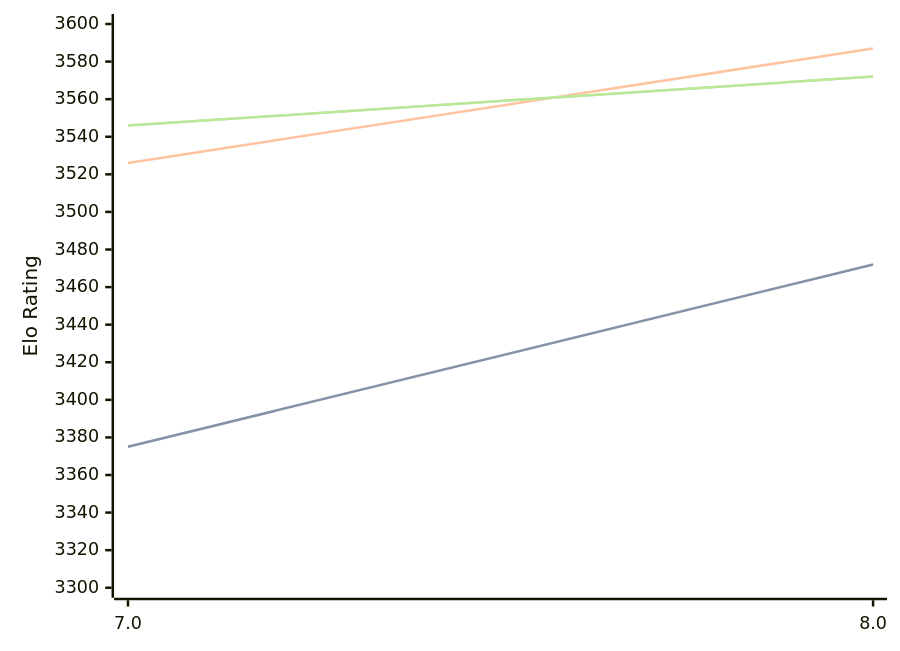
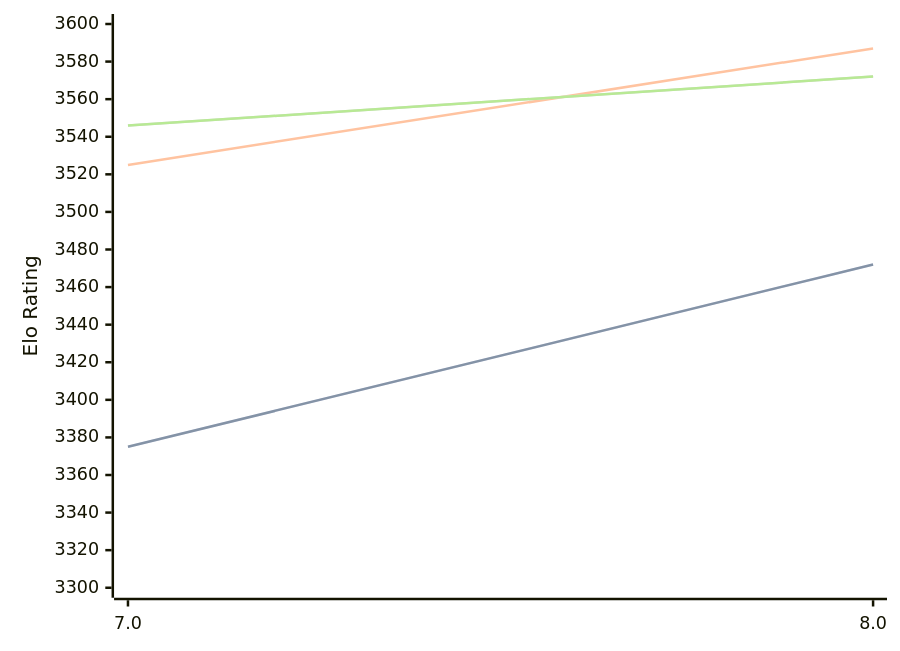
The diagram in engines/Integral.md (computer-chess-index/cci), drawn with Mermaid before and after one commit. The commit also changed other lines of this file, not shown here.

````diff
--- a/engines/Integral.md
+++ b/engines/Integral.md
@@ -32,11 +32,11 @@
 ```mermaid
 %%{init: {"theme":"base","themeVariables":{"seriesColors:['#a3a3a3','#222221','#faa371']}}}%%
 xychart-beta
   x-axis ["7.0", "8.0"]
   y-axis "Elo Rating" 3300 --> 3600
   line "" [3375, 3472]
   line "STC (8.0+0.08s)" [3375, 3472]
-  line "LTC (60.0+0.60s)" [3526, 3587]
+  line "LTC (60.0+0.60s)" [3525, 3587]
   line "" [3546, 3572]
   line "VLTC (2m24s+1.12s)" [3546, 3572]
 ```
````
